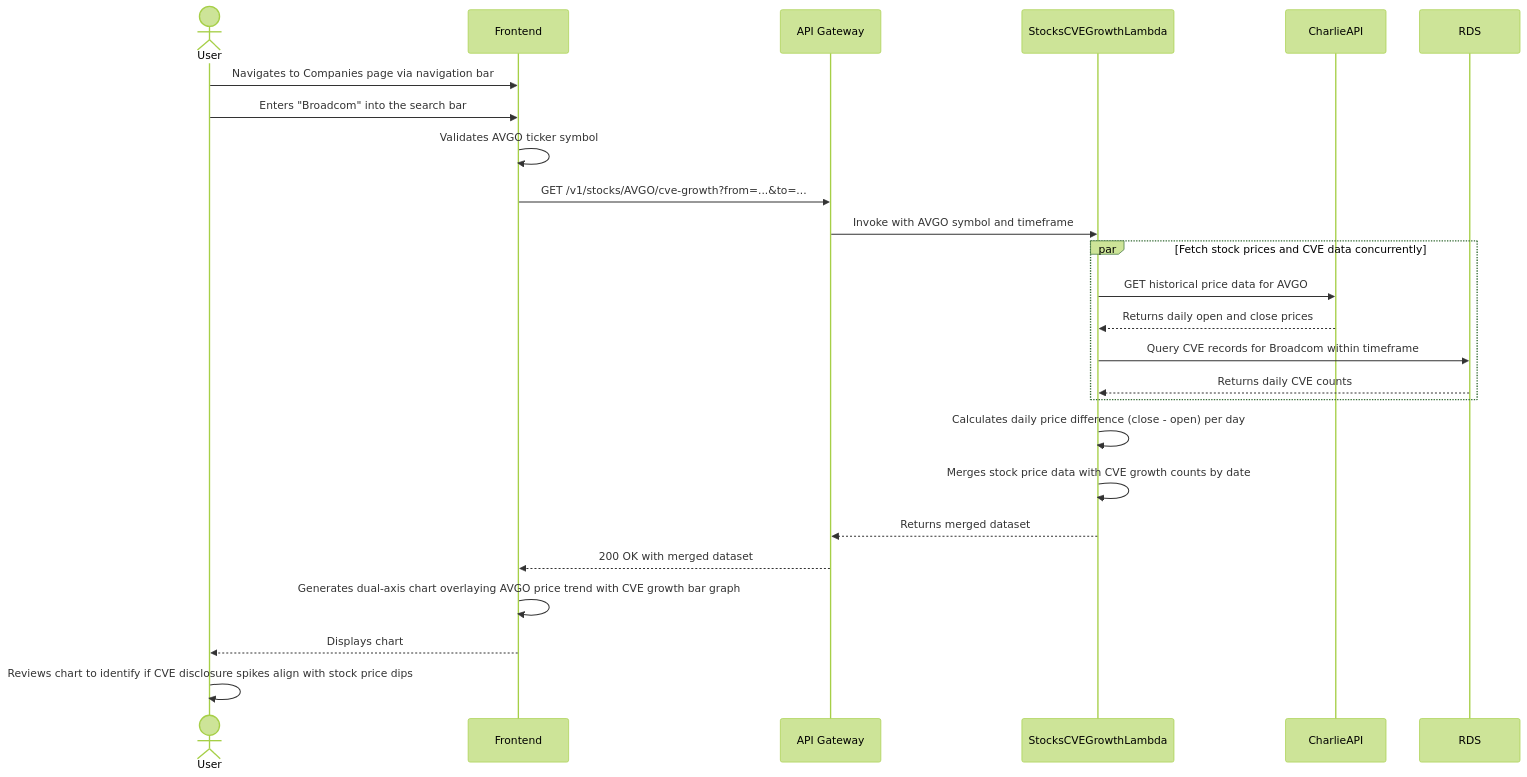
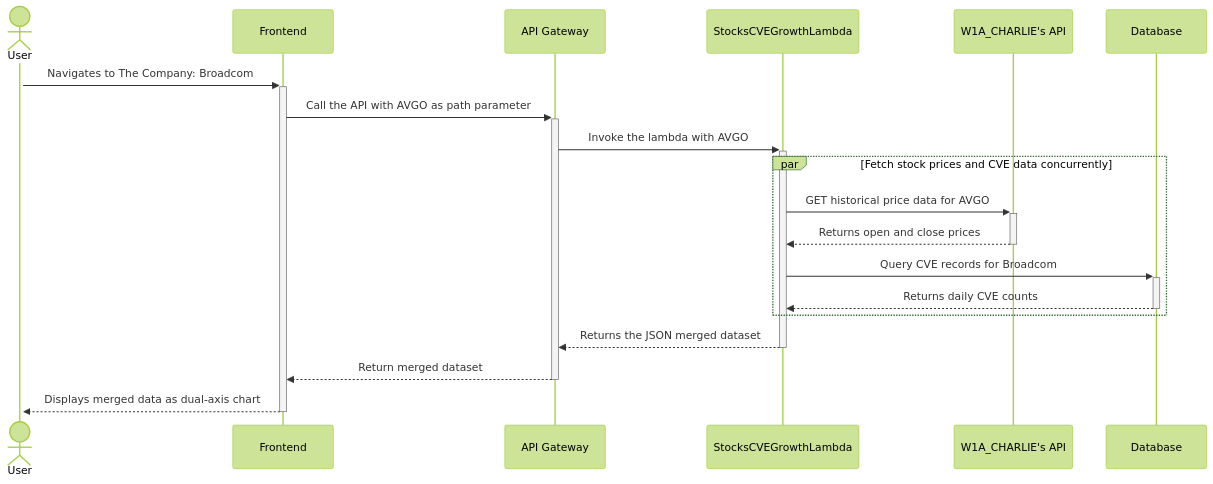
Before and after one commit to Benny-Wu06/amass_delta: the diagram in sequence_diagrams/caseA.md, drawn with Mermaid (forest theme). The commit also changed 4 other files, not shown here.

Commit message:
updated sequence diagrams

````diff
--- a/sequence_diagrams/caseA.md
+++ b/sequence_diagrams/caseA.md
@@ -1,36 +1,29 @@
 ```mermaid
 sequenceDiagram
     actor User
     participant Frontend
-    participant API Gateway
-    participant StocksCVEGrowthLambda
-    participant CharlieAPI
-    participant RDS
+    participant Gateway as API Gateway
+    participant Lambda as StocksCVEGrowthLambda
+    participant Charlie as W1A_CHARLIE's API
+    participant DB as Database
 
-    User->>Frontend: Navigates to Companies page via navigation bar
-    User->>Frontend: Enters "Broadcom" into the search bar
+    activate User
 
-    Frontend->>Frontend: Validates AVGO ticker symbol
+    User->>+Frontend: Navigates to The Company: Broadcom
 
-    Frontend->>API Gateway: GET /v1/stocks/AVGO/cve-growth?from=...&to=...
-    API Gateway->>StocksCVEGrowthLambda: Invoke with AVGO symbol and timeframe
+    Frontend->>+Gateway: Call the API with AVGO as path parameter
+    Gateway->>+Lambda: Invoke the lambda with AVGO
 
     par Fetch stock prices and CVE data concurrently
-        StocksCVEGrowthLambda->>CharlieAPI: GET historical price data for AVGO
-        CharlieAPI-->>StocksCVEGrowthLambda: Returns daily open and close prices
+        Lambda->>+Charlie: GET historical price data for AVGO
+        Charlie-->>-Lambda: Returns open and close prices
 
-        StocksCVEGrowthLambda->>RDS: Query CVE records for Broadcom within timeframe
-        RDS-->>StocksCVEGrowthLambda: Returns daily CVE counts
+        Lambda->>+DB: Query CVE records for Broadcom
+        DB-->>-Lambda: Returns daily CVE counts
     end
 
-    StocksCVEGrowthLambda->>StocksCVEGrowthLambda: Calculates daily price difference (close - open) per day
-    StocksCVEGrowthLambda->>StocksCVEGrowthLambda: Merges stock price data with CVE growth counts by date
+    Lambda-->>-Gateway: Returns the JSON merged dataset
+    Gateway-->>-Frontend: Return merged dataset
 
-    StocksCVEGrowthLambda-->>API Gateway: Returns merged dataset
-    API Gateway-->>Frontend: 200 OK with merged dataset
-
-    Frontend->>Frontend: Generates dual-axis chart overlaying AVGO price trend with CVE growth bar graph
-
-    Frontend-->>User: Displays chart
-    User->>User: Reviews chart to identify if CVE disclosure spikes align with stock price dips
+    Frontend-->>-User: Displays merged data as dual-axis chart
 ```
````
